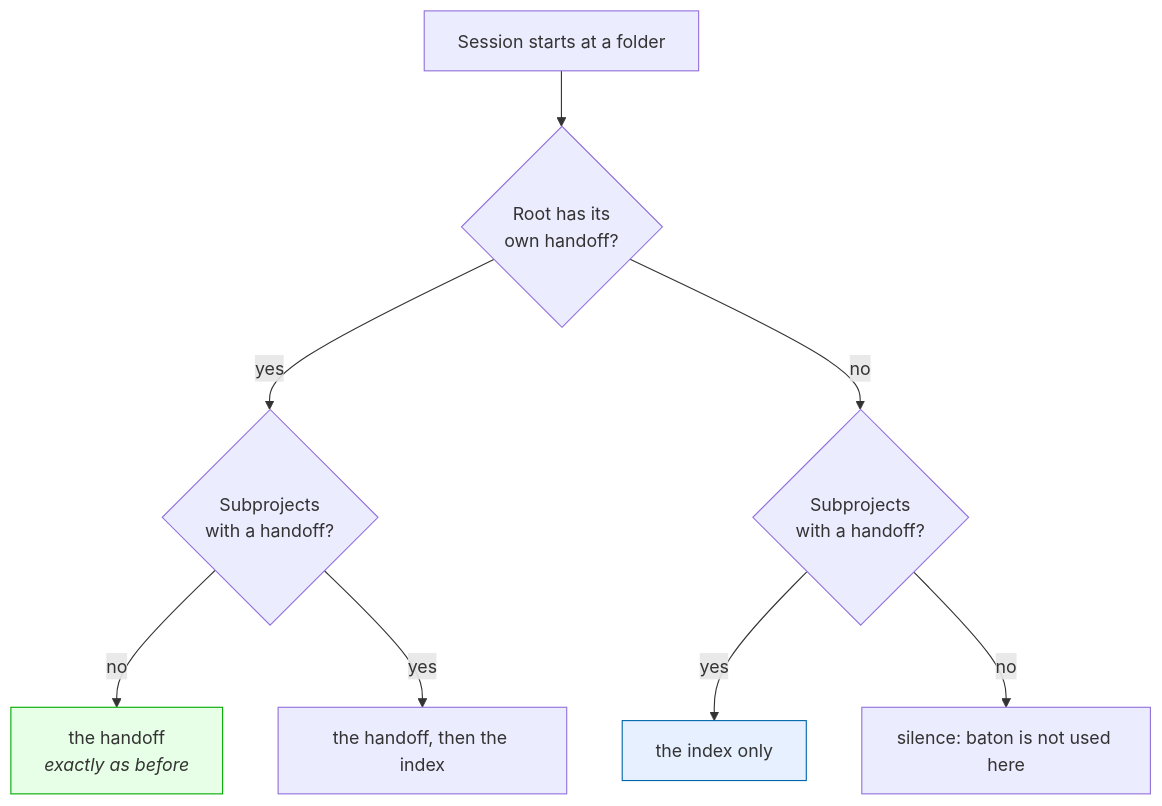
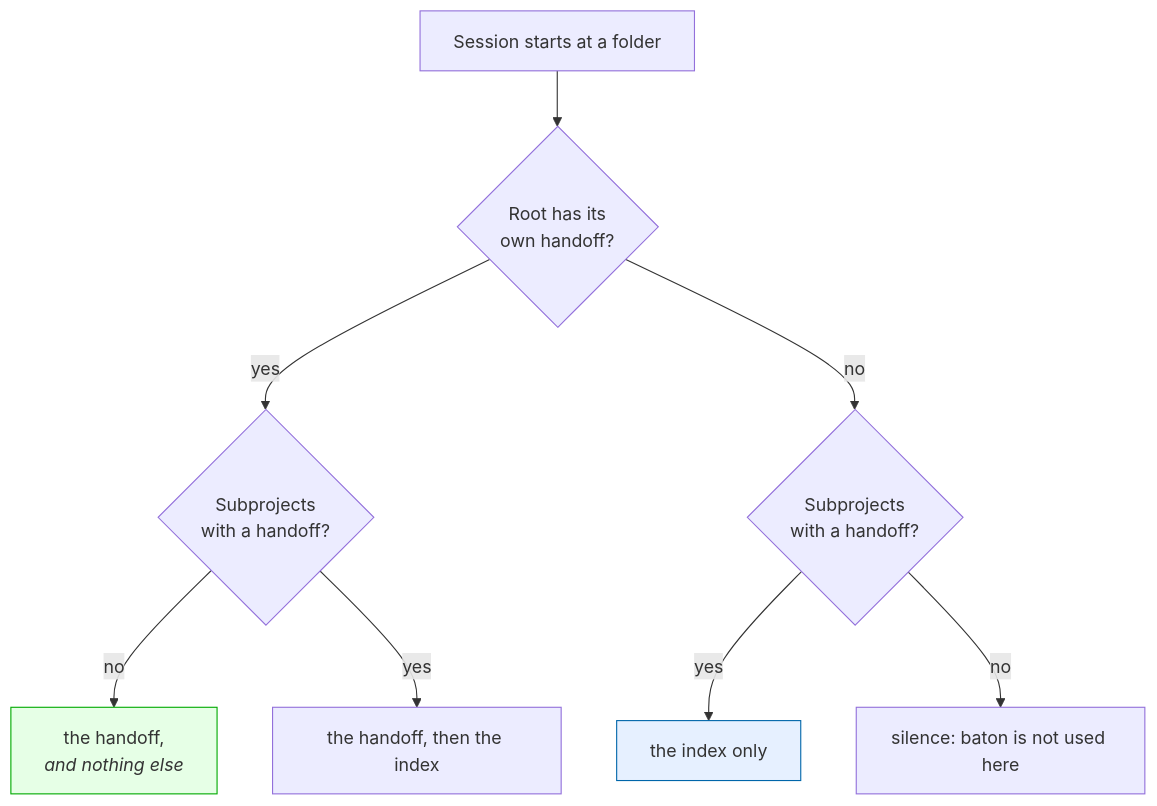
One commit to mrshelll/baton changed the seventh of 7 diagrams in README.md. Above: the diagram before and after it, drawn with Mermaid. The commit also changed other lines of this file and 6 other files, not shown here.

````diff
--- a/README.md
+++ b/README.md
@@ -325,12 +346,12 @@
 ```mermaid
 flowchart TD
     S["Session starts at a folder"] --> D{"Root has its<br/>own handoff?"}
     D -->|yes| P{"Subprojects<br/>with a handoff?"}
     D -->|no| Q{"Subprojects<br/>with a handoff?"}
-    P -->|no| A["the handoff<br/><i>exactly as before</i>"]
+    P -->|no| A["the handoff,<br/><i>and nothing else</i>"]
     P -->|yes| B["the handoff, then the index"]
     Q -->|yes| C["the index only"]
     Q -->|no| E["silence: baton is not used here"]
     style A fill:#e6ffe6,stroke:#0a0
     style C fill:#e6f0ff,stroke:#06a
 ```
````
